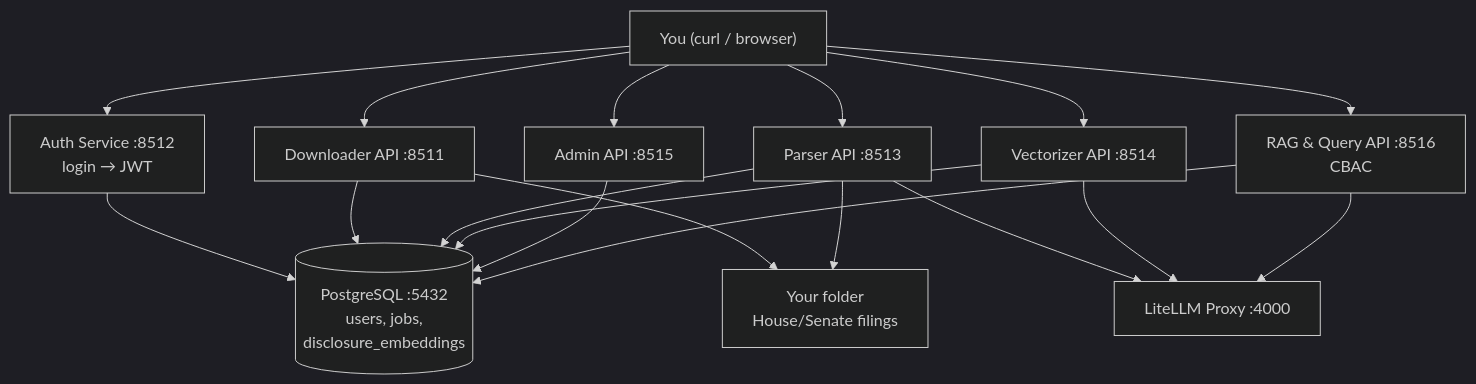
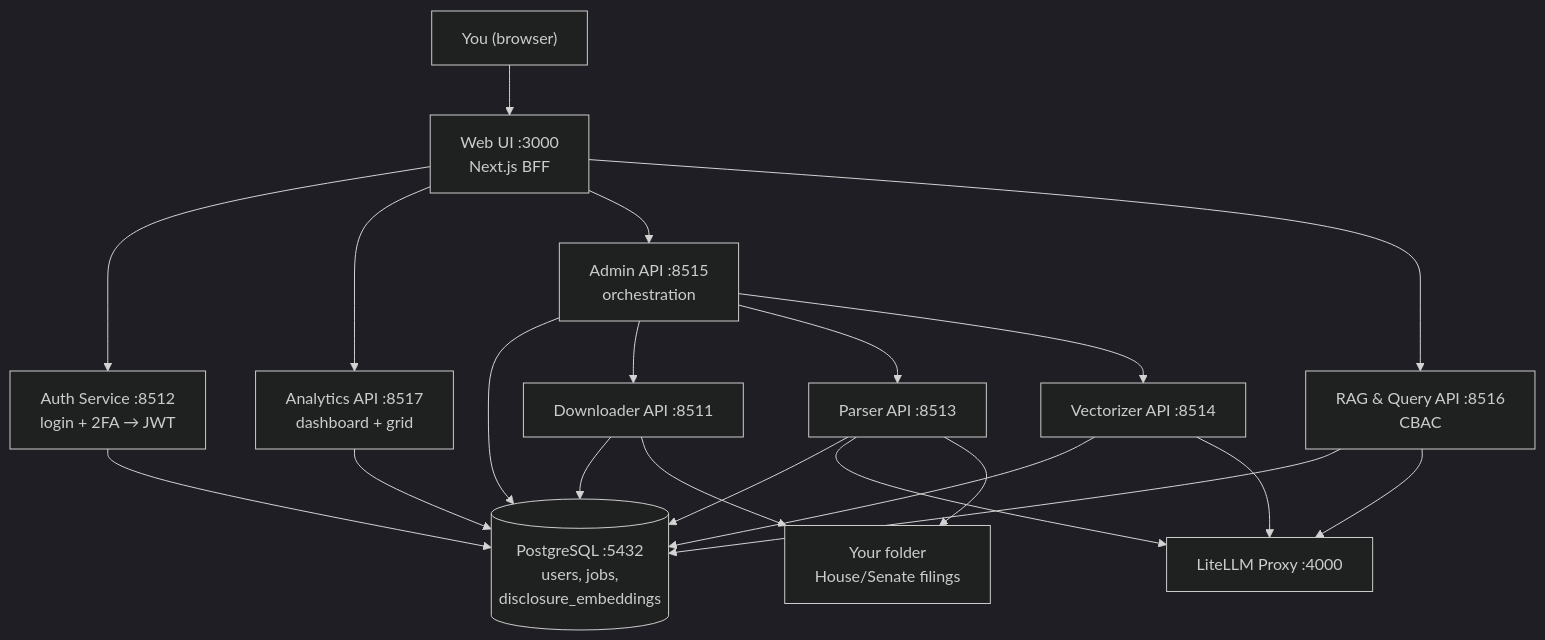
The diagram in README.md (surenther/congress-stock-analaysis-download), drawn with Mermaid (dark theme) before and after one commit. The commit also changed other lines of this file and 7 other files, not shown here.

Commit message:
docs: update documentation for 2FA, analytics service, and web UI integration

````diff
--- a/README.md
+++ b/README.md
@@ -265,23 +278,26 @@
 ```mermaid
 flowchart TD
-    User["You (curl / browser)"] --> Auth["Auth Service :8512<br/>login → JWT"]
-    User --> Downloader["Downloader API :8511"]
-    User --> Parser["Parser API :8513"]
-    User --> Vectorizer["Vectorizer API :8514"]
-    User --> Admin["Admin API :8515"]
-    User --> RAG["RAG & Query API :8516<br/>CBAC"]
+    User["You (browser)"] --> Web["Web UI :3000<br/>Next.js BFF"]
+    Web --> Auth["Auth Service :8512<br/>login + 2FA → JWT"]
+    Web --> Analytics["Analytics API :8517<br/>dashboard + grid"]
+    Web --> Admin["Admin API :8515<br/>orchestration"]
+    Web --> RAG["RAG & Query API :8516<br/>CBAC"]
 
     Auth --> DB[("PostgreSQL :5432<br/>users, jobs,<br/>disclosure_embeddings")]
-    Downloader --> DB
-    Parser --> DB
-    Vectorizer --> DB
+    Analytics --> DB
     Admin --> DB
     RAG --> DB
+    Downloader["Downloader API :8511"] --> DB
+    Parser["Parser API :8513"] --> DB
+    Vectorizer["Vectorizer API :8514"] --> DB
 
+    Admin --> Downloader
+    Admin --> Parser
+    Admin --> Vectorizer
     Parser --> LiteLLM["LiteLLM Proxy :4000"]
     Vectorizer --> LiteLLM
     RAG --> LiteLLM
 
     Downloader --> Folder["Your folder<br/>House/Senate filings"]
     Parser --> Folder
 ```
````
